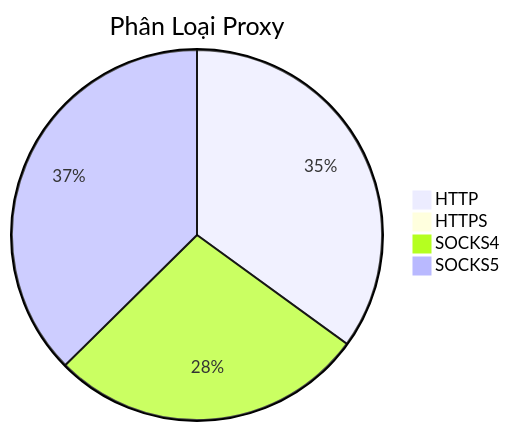
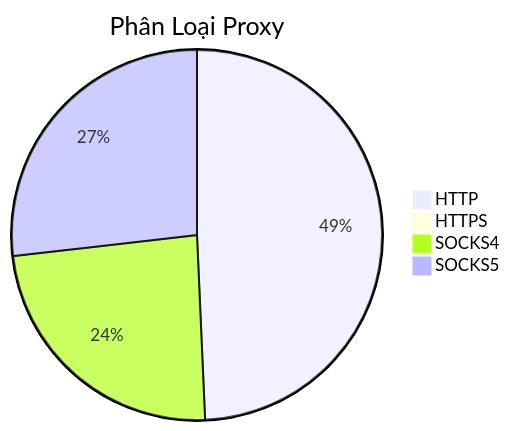
Before and after one commit to Ciara-12/PROXY-free: the diagram in README.md, drawn with Mermaid. The commit also changed other lines of this file and 3 other files, not shown here.

````diff
--- a/README.md
+++ b/README.md
@@ -26,7 +26,7 @@
 ```mermaid
 pie title Phân Loại Proxy
-    "HTTP" : 350
+    "HTTP" : 671
     "HTTPS" : 0
-    "SOCKS4" : 276
-    "SOCKS5" : 374
+    "SOCKS4" : 325
+    "SOCKS5" : 365
 ```
````
